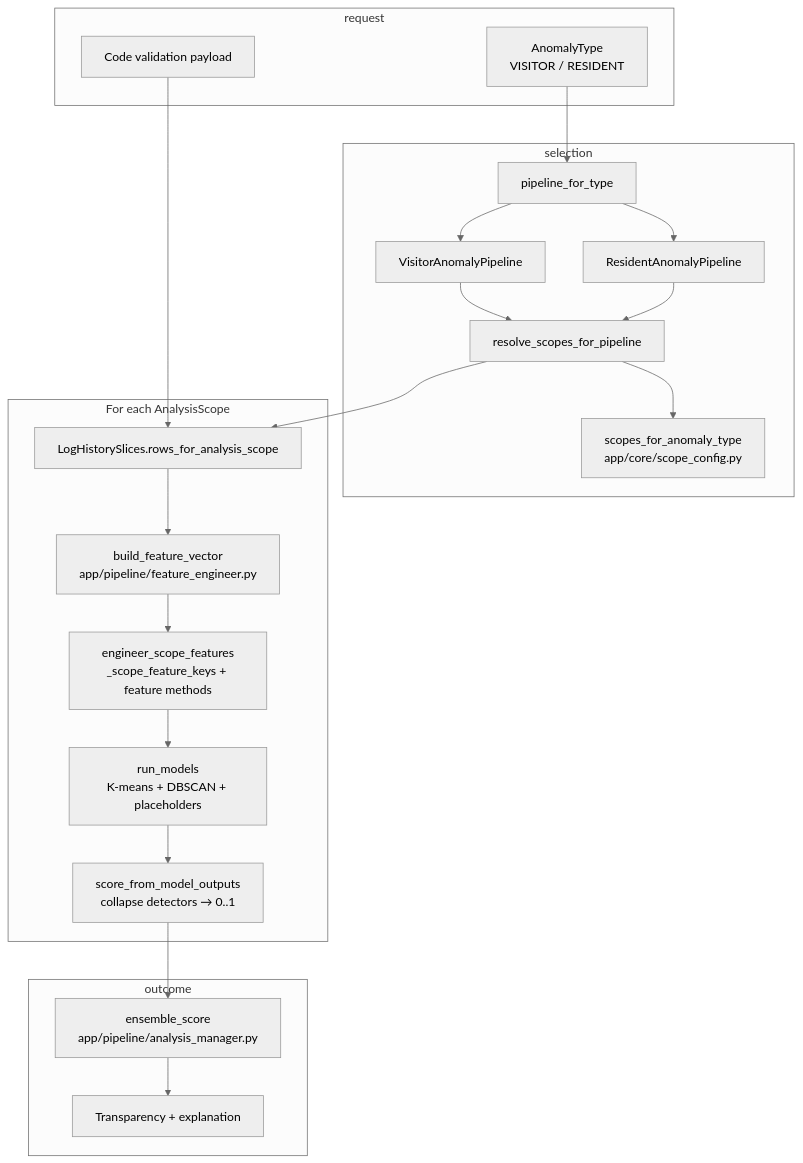
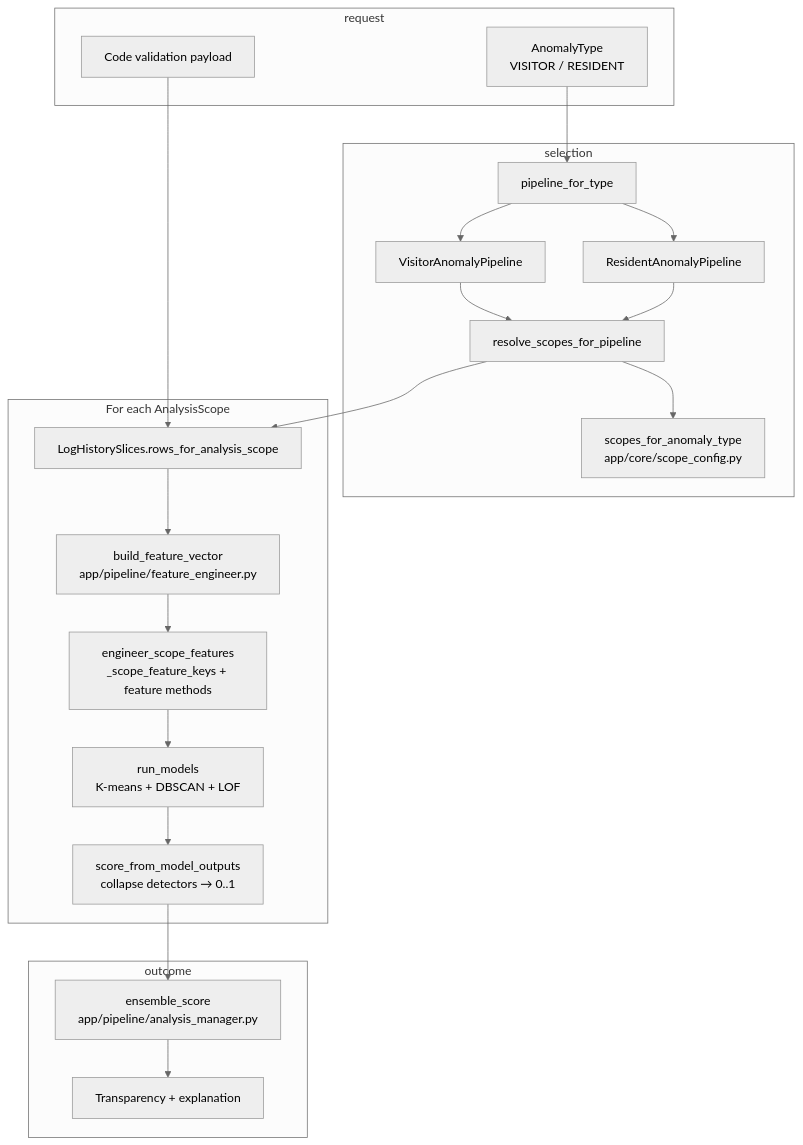
Before and after one commit to GatePass-Estate/estate-code-generator-backend: the diagram in services/ai_service/README.md, drawn with Mermaid (neutral theme). The commit also changed other lines of this file and 17 other files, not shown here.

````diff
--- a/services/ai_service/README.md
+++ b/services/ai_service/README.md
@@ -30,43 +30,43 @@
 ```mermaid
 flowchart TB
   subgraph request
     AT[AnomalyType\nVISITOR / RESIDENT]
     CV[Code validation payload]
   end
 
   subgraph selection
     PF[pipeline_for_type]
     VP[VisitorAnomalyPipeline]
     RP[ResidentAnomalyPipeline]
     RS[resolve_scopes_for_pipeline]
     SC[scopes_for_anomaly_type\napp/core/scope_config.py]
   end
 
   subgraph per_scope["For each AnalysisScope"]
     SL[LogHistorySlices.rows_for_analysis_scope]
     FE[build_feature_vector\napp/pipeline/feature_engineer.py]
     ENG[engineer_scope_features\n_scope_feature_keys + feature methods]
-    MD[run_models\nK-means + DBSCAN + placeholders]
+    MD[run_models\nK-means + DBSCAN + LOF]
     SCORE[score_from_model_outputs\ncollapse detectors → 0..1]
   end
 
   subgraph outcome
     ENS[ensemble_score\napp/pipeline/analysis_manager.py]
     TR[Transparency + explanation]
   end
 
   AT --> PF
   PF --> VP
   PF --> RP
   VP --> RS
   RP --> RS
   RS --> SC
   CV --> SL
   RS --> SL
   SL --> FE
   FE --> ENG
   ENG --> MD
   MD --> SCORE
   SCORE --> ENS
   ENS --> TR
 ```
````
